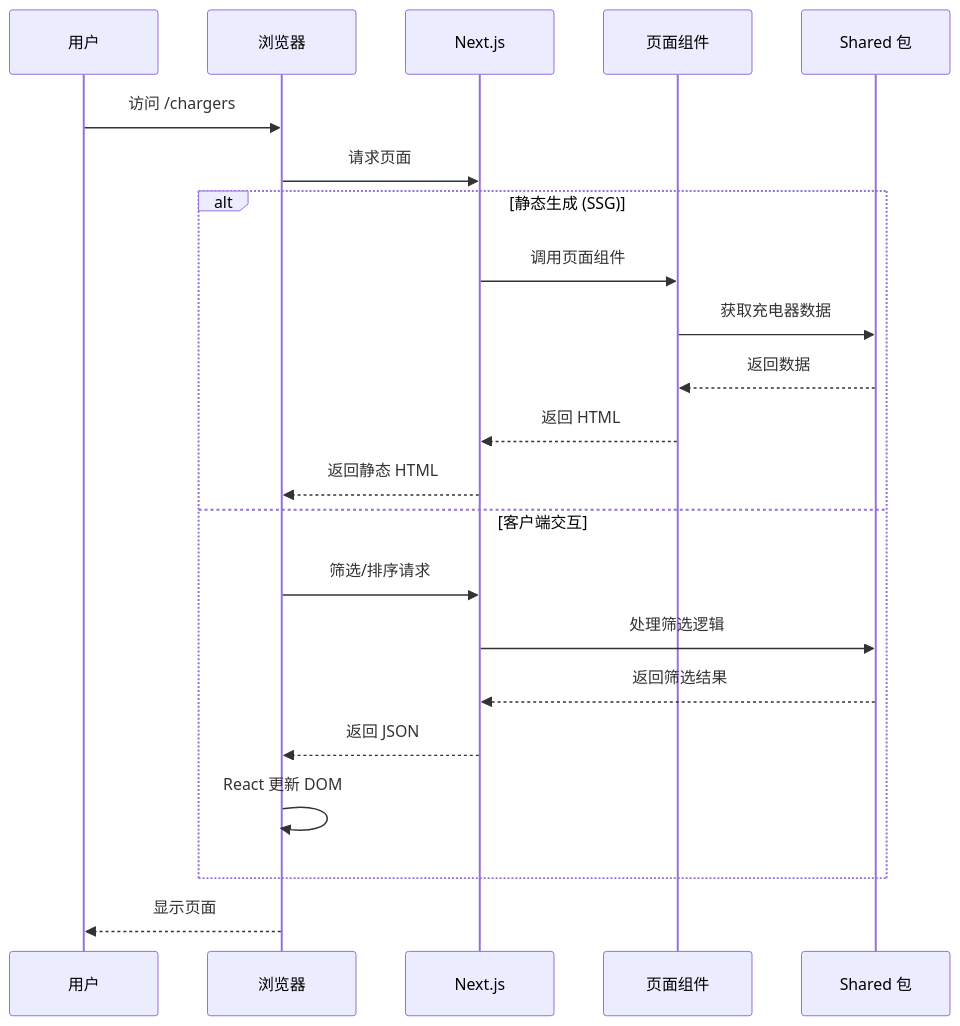
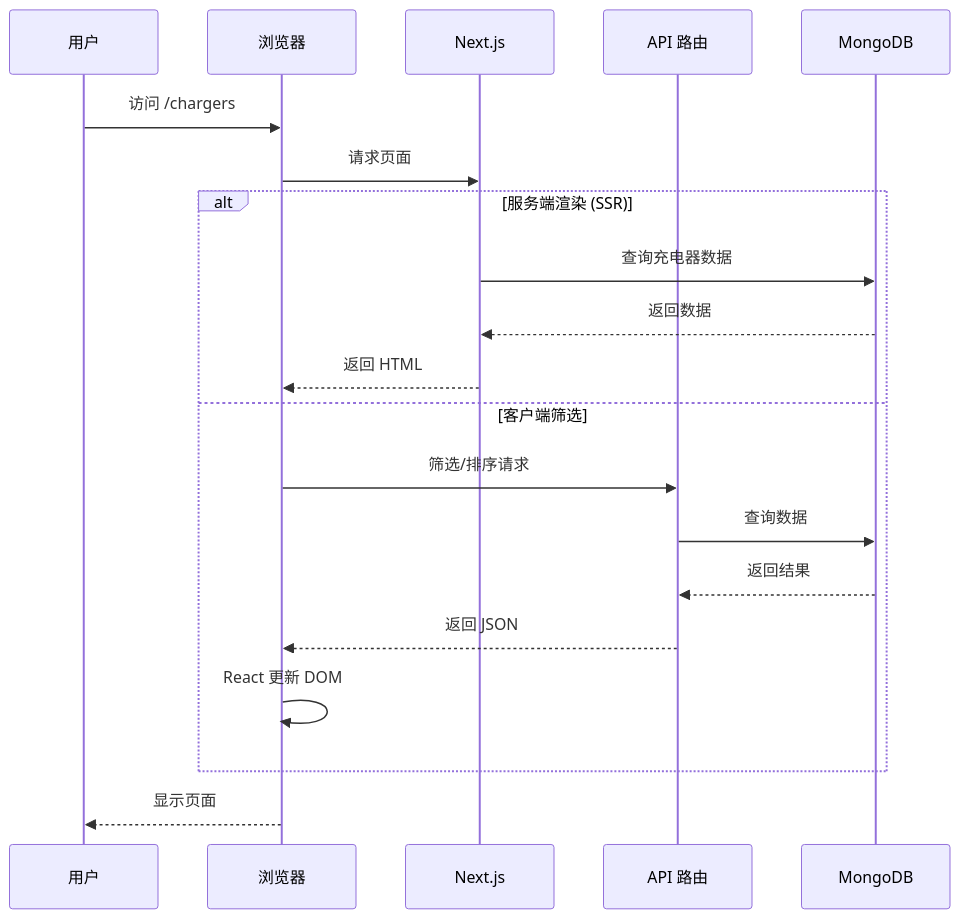
Before and after one commit to melchior-voidwolf/charge-spec: the third of 4 diagrams in README.md, drawn with Mermaid. The commit also changed other lines of this file and 8 other files, not shown here.

````diff
--- a/README.md
+++ b/README.md
@@ -197,27 +203,25 @@
 ```mermaid
 sequenceDiagram
     participant User as 用户
     participant Browser as 浏览器
     participant NextJS as Next.js
-    participant Page as 页面组件
-    participant Shared as Shared 包
+    participant API as API 路由
+    participant MongoDB as MongoDB
 
     User->>Browser: 访问 /chargers
     Browser->>NextJS: 请求页面
 
-    alt 静态生成 (SSG)
-        NextJS->>Page: 调用页面组件
-        Page->>Shared: 获取充电器数据
-        Shared-->>Page: 返回数据
-        Page-->>NextJS: 返回 HTML
-        NextJS-->>Browser: 返回静态 HTML
-    else 客户端交互
-        Browser->>NextJS: 筛选/排序请求
-        NextJS->>Shared: 处理筛选逻辑
-        Shared-->>NextJS: 返回筛选结果
-        NextJS-->>Browser: 返回 JSON
+    alt 服务端渲染 (SSR)
+        NextJS->>MongoDB: 查询充电器数据
+        MongoDB-->>NextJS: 返回数据
+        NextJS-->>Browser: 返回 HTML
+    else 客户端筛选
+        Browser->>API: 筛选/排序请求
+        API->>MongoDB: 查询数据
+        MongoDB-->>API: 返回结果
+        API-->>Browser: 返回 JSON
         Browser->>Browser: React 更新 DOM
     end
 
     Browser-->>User: 显示页面
 ```
````
